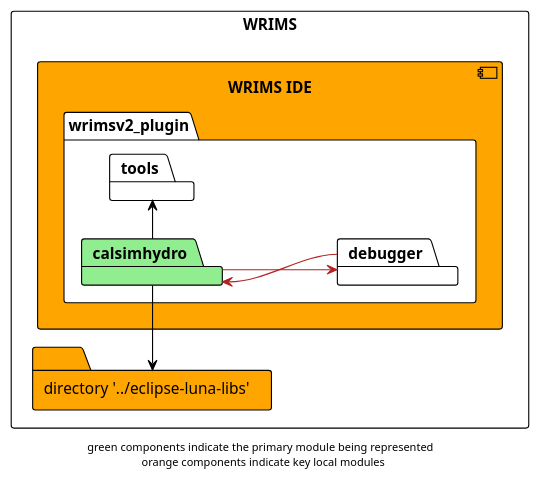
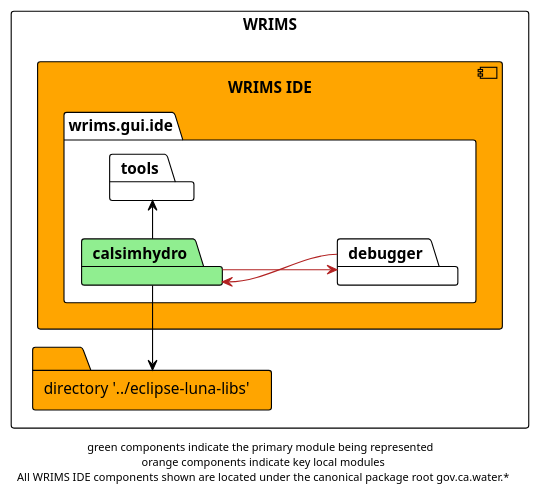
One commit to CentralValleyModeling/wrims-gui changed the diagram in docs/diagrams/wrims-modules/wrims-ide/wrims-ide_calsimhydro.plantuml. Above: the diagram before and after it, drawn with PlantUML. The commit also changed 779 other files, not shown here.

```diff
--- a/docs/diagrams/wrims-modules/wrims-ide/wrims-ide_calsimhydro.plantuml
+++ b/docs/diagrams/wrims-modules/wrims-ide/wrims-ide_calsimhydro.plantuml
@@ -1,25 +1,25 @@
 @startuml
 
 !theme plain
 left to right direction
 skinparam linetype ortho
 
 rectangle WRIMS {
     component wrims-ide as "WRIMS IDE" #orange {
-        package wrimsv2_plugin {
+        package wrims.gui.ide {
             package calsimhydro#lightgreen
             package tools
             package debugger
         }
     }
 
     folder luna_libs as "directory '../eclipse-luna-libs'" #orange
 }
 calsimhydro -l-> luna_libs
 calsimhydro -r-> tools
 calsimhydro --> debugger #firebrick
 
 debugger -> calsimhydro #firebrick
 
-footer "green components indicate the primary module being represented \n orange components indicate key local modules"
+footer "green components indicate the primary module being represented \n orange components indicate key local modules\n All WRIMS IDE components shown are located under the canonical package root gov.ca.water.*"
 @enduml
```
